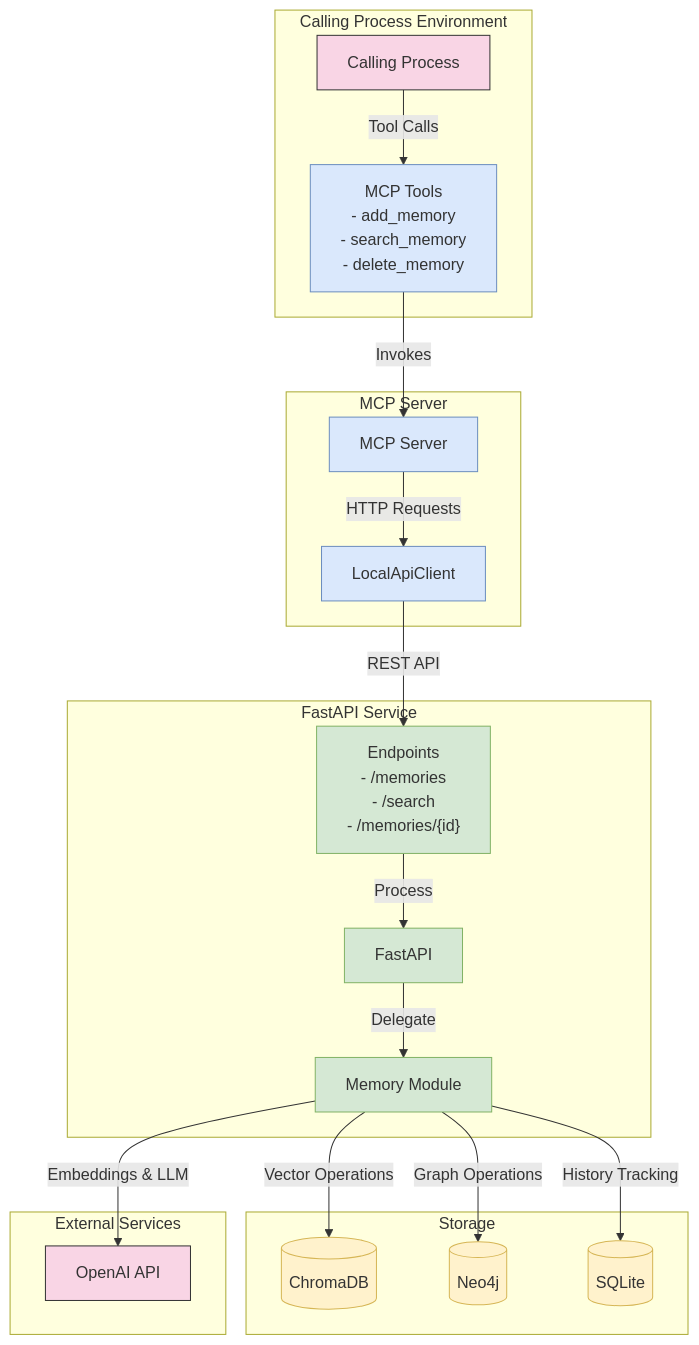
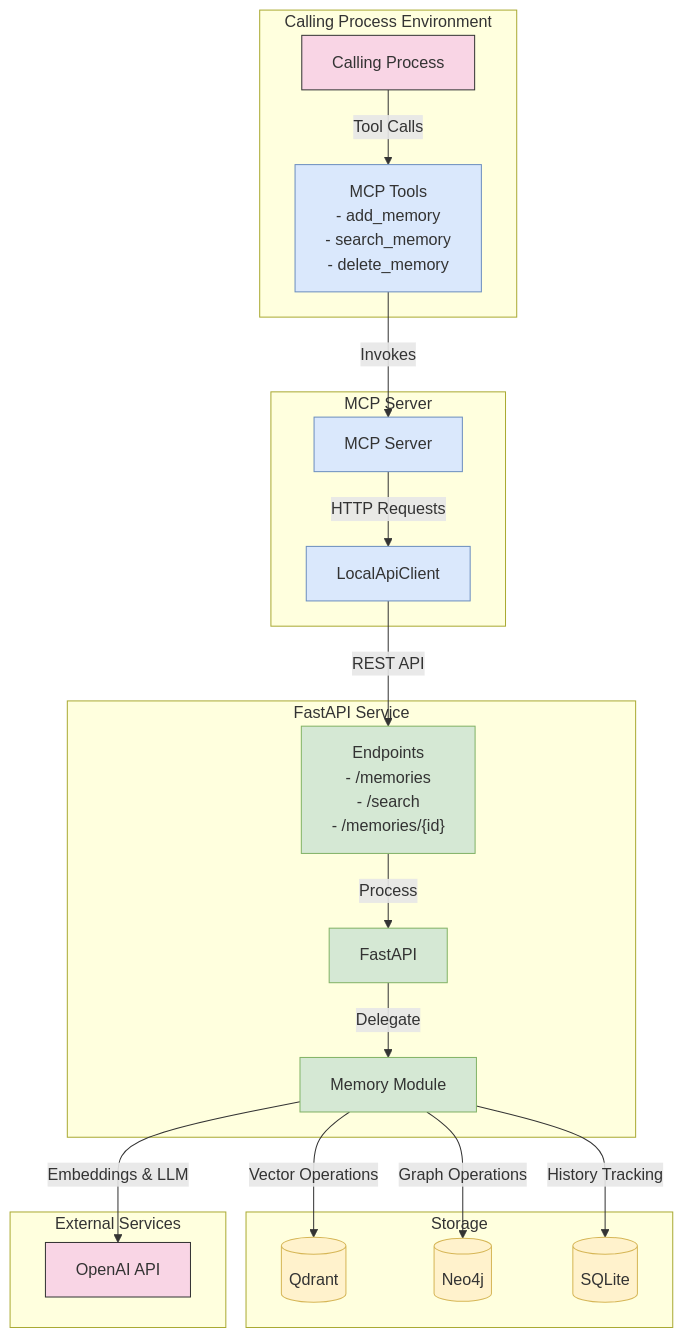
One commit to darrynv/dangeroo changed the tenth of 10 diagrams in dangeroo-mem0-mcp/docs/dangeroo-mcp-technical.md. Above: the diagram before and after it, drawn with Mermaid. The commit also changed other lines of this file and 7 other files, not shown here.

````diff
--- a/dangeroo-mem0-mcp/docs/dangeroo-mcp-technical.md
+++ b/dangeroo-mem0-mcp/docs/dangeroo-mcp-technical.md
@@ -307,50 +307,50 @@
 ```mermaid
 graph TB
     subgraph "Calling Process Environment"
         CallingProcess[Calling Process]
         MCPTools["MCP Tools<br>- add_memory<br>- search_memory<br>- delete_memory"]
     end
     
     subgraph "MCP Server"
         MCP[MCP Server]
         LocalAPI[LocalApiClient]
     end
     
     subgraph "FastAPI Service"
         FastAPI[FastAPI]
         MemoryModule[Memory Module]
         Routes["Endpoints<br>- /memories<br>- /search<br>- /memories/{id}"]
     end
     
     subgraph "Storage"
-        ChromaDB[(ChromaDB)]
+        QdrantDB[(Qdrant)]
         Neo4jDB[(Neo4j)]
         HistoryDB[(SQLite)]
     end
     
     subgraph "External Services"
         OpenAI[OpenAI API]
     end
     
     CallingProcess -->|"Tool Calls"| MCPTools
     MCPTools -->|"Invokes"| MCP
     MCP -->|"HTTP Requests"| LocalAPI
     LocalAPI -->|"REST API"| Routes
     Routes -->|"Process"| FastAPI
     FastAPI -->|"Delegate"| MemoryModule
     
-    MemoryModule -->|"Vector Operations"| ChromaDB
+    MemoryModule -->|"Vector Operations"| QdrantDB
     MemoryModule -->|"Graph Operations"| Neo4jDB
     MemoryModule -->|"History Tracking"| HistoryDB
     MemoryModule -->|"Embeddings & LLM"| OpenAI
     
     classDef ai fill:#f9d5e5,stroke:#333,stroke-width:1px;
     classDef server fill:#dae8fc,stroke:#6c8ebf,stroke-width:1px;
     classDef api fill:#d5e8d4,stroke:#82b366,stroke-width:1px;
     classDef db fill:#fff2cc,stroke:#d6b656,stroke-width:1px;
     
     class CallingProcess,OpenAI ai;
     class MCP,LocalAPI,MCPTools server;
     class FastAPI,MemoryModule,Routes api;
-    class ChromaDB,Neo4jDB,HistoryDB db;
+    class QdrantDB,Neo4jDB,HistoryDB db;
 ```
````
